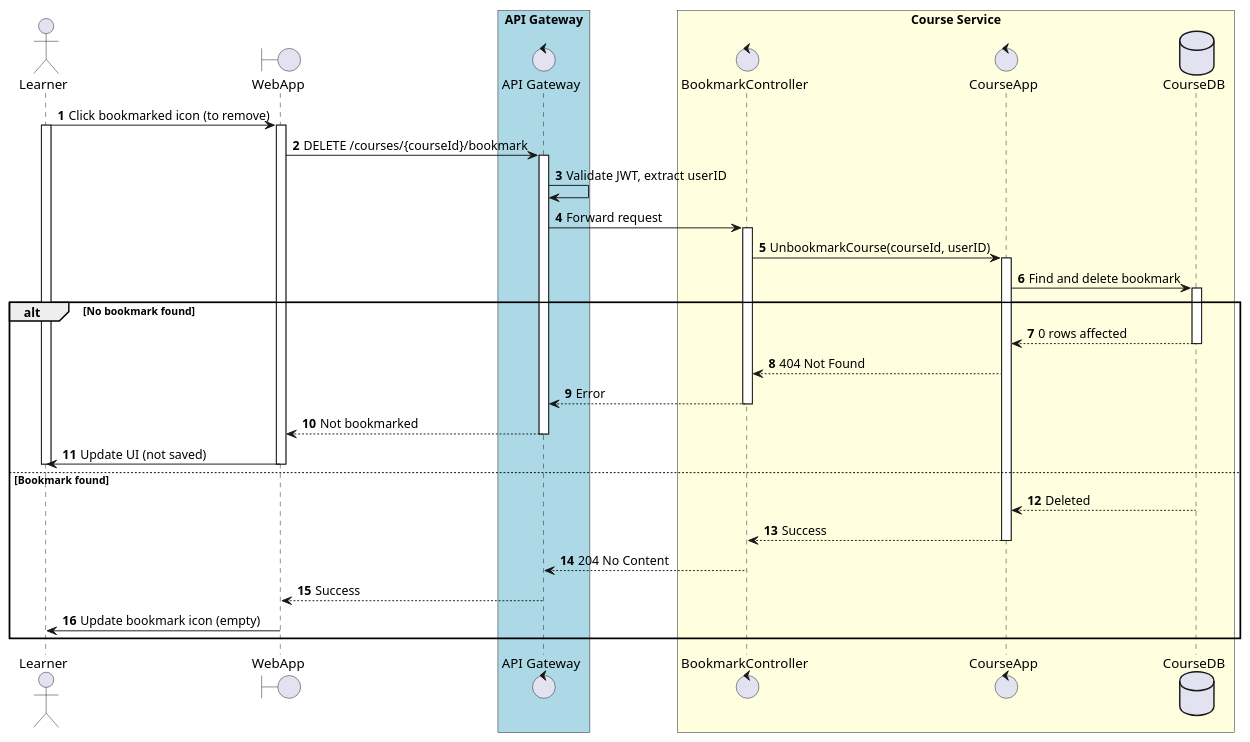
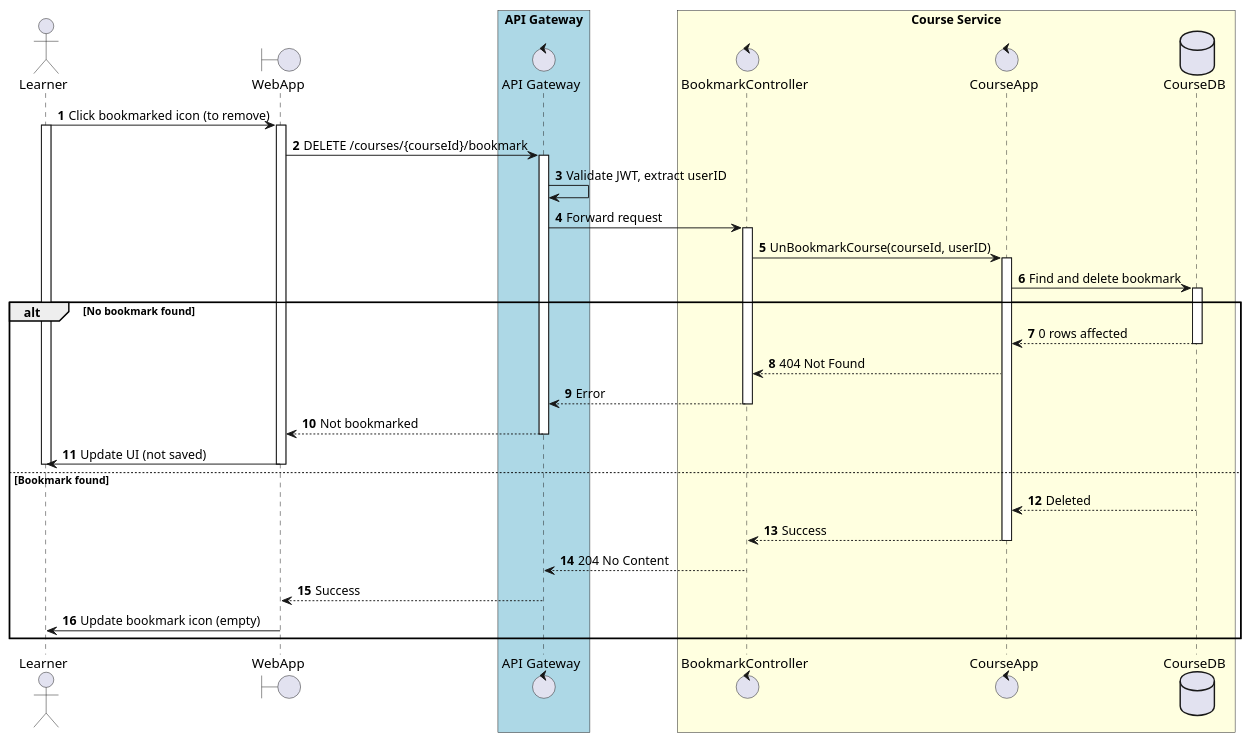
Before and after one commit to egolia-uit/egolia: the diagram in docs/src/diagrams/egolia-sequence/course/unbookmark-course.md, drawn with PlantUML. The commit also changed other lines of this file and 13 other files, not shown here.

````diff
--- a/docs/src/diagrams/egolia-sequence/course/unbookmark-course.md
+++ b/docs/src/diagrams/egolia-sequence/course/unbookmark-course.md
@@ -7,63 +7,63 @@
 ```plantuml
 @startuml
 autonumber
 
 skinparam BoxPadding 10
 
 actor Learner as L
 boundary WebApp as WA
 
 box "API Gateway" #LightBlue
   control "API Gateway" as GW
 end box
 
 box "Course Service" #LightYellow
   control BookmarkController as BC
   control CourseApp as CA
   database CourseDB as CDB
 end box
 
 L -> WA: Click bookmarked icon (to remove)
 activate L
 activate WA
 
 WA -> GW: DELETE /courses/{courseId}/bookmark
 activate GW
 GW -> GW: Validate JWT, extract userID
 GW -> BC: Forward request
 activate BC
 
-BC -> CA: UnbookmarkCourse(courseId, userID)
+BC -> CA: UnBookmarkCourse(courseId, userID)
 activate CA
 
 CA -> CDB: Find and delete bookmark
 activate CDB
 
 alt No bookmark found
   CA <-- CDB: 0 rows affected
   deactivate CDB
   BC <-- CA: 404 Not Found
   GW <-- BC: Error
   deactivate BC
   WA <-- GW: Not bookmarked
   deactivate GW
   WA -> L: Update UI (not saved)
   deactivate WA
   deactivate L
 else Bookmark found
   CA <-- CDB: Deleted
   deactivate CDB
 
   BC <-- CA: Success
   deactivate CA
   GW <-- BC: 204 No Content
   deactivate BC
   WA <-- GW: Success
   deactivate GW
   WA -> L: Update bookmark icon (empty)
   deactivate WA
   deactivate L
 end
 
 @enduml
 ```
````
